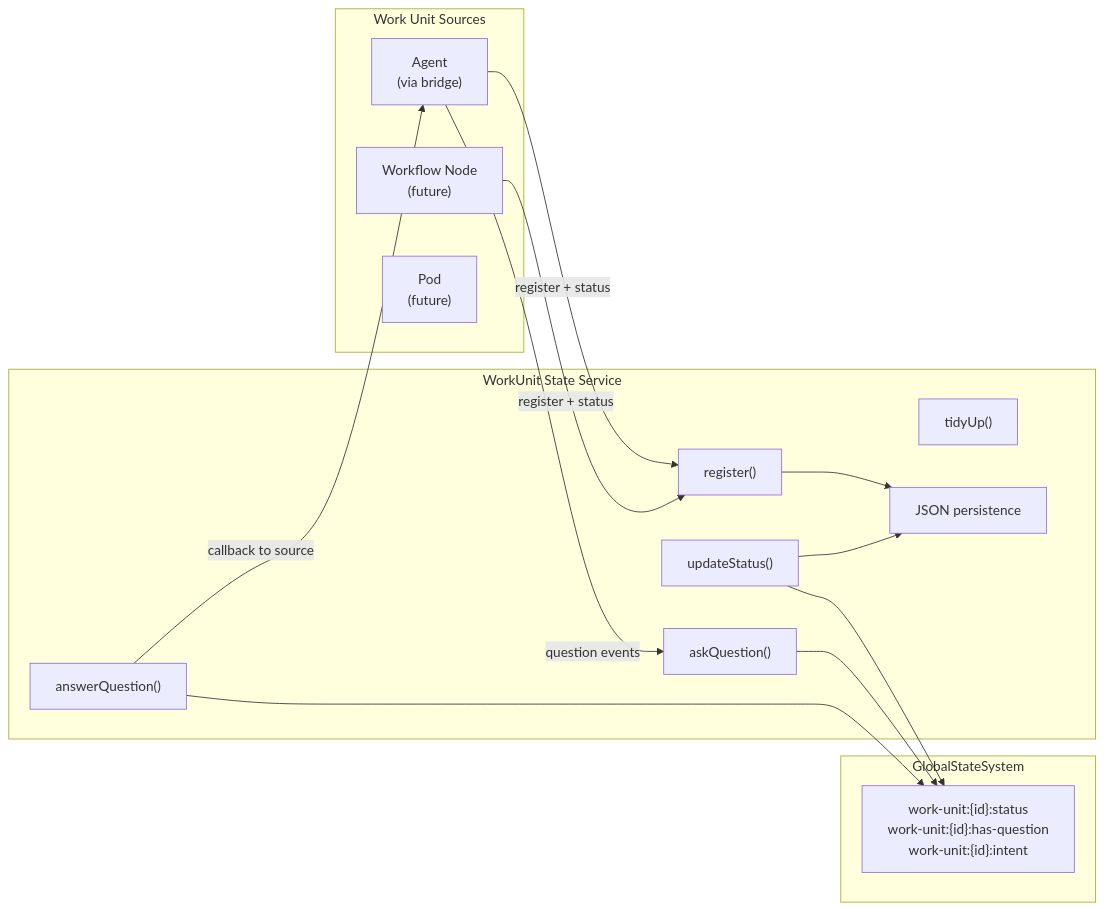
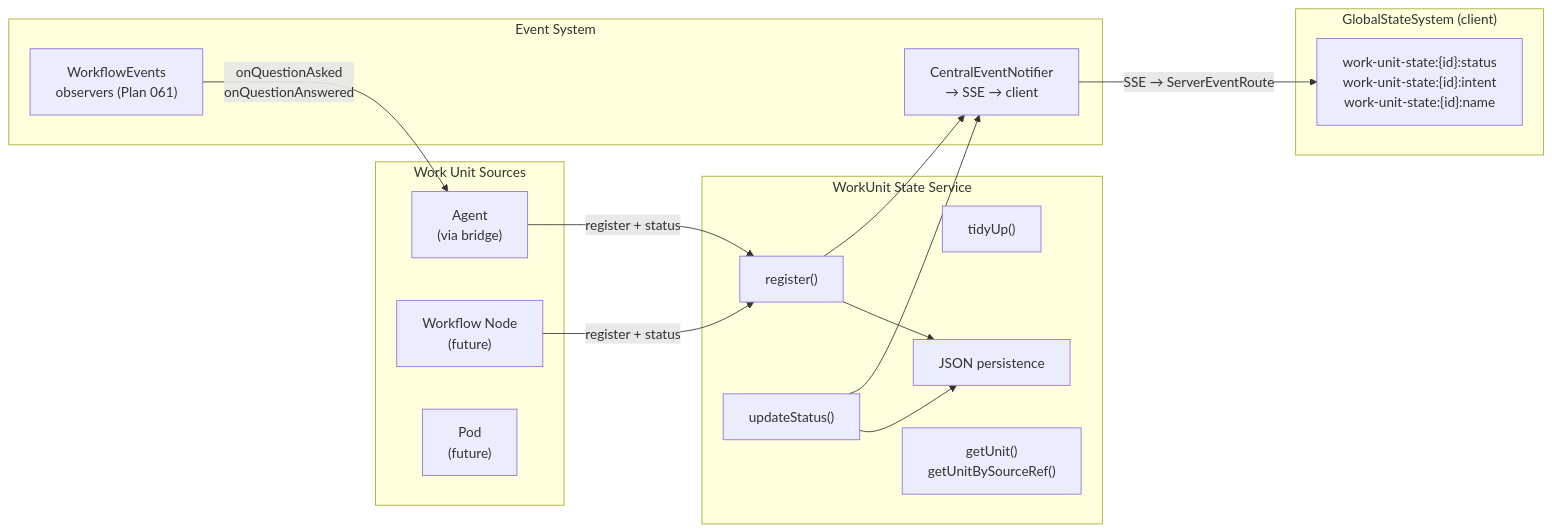
The second of 3 diagrams in docs/plans/059-fix-agents/tasks/phase-2-workunit-state-system/tasks.md (AI-Substrate/chainglass), drawn with Mermaid before and after one commit. The commit also changed other lines of this file and 2 other files, not shown here.

First line of the commit message:
Remediate Plan 059 Phase 2 dossier after Plan 061 completion

````diff
--- a/docs/plans/059-fix-agents/tasks/phase-2-workunit-state-system/tasks.md
+++ b/docs/plans/059-fix-agents/tasks/phase-2-workunit-state-system/tasks.md
@@ -184,31 +182,34 @@
 ```mermaid
 flowchart LR
     subgraph Sources["Work Unit Sources"]
         AGT["Agent<br/>(via bridge)"]
         WF["Workflow Node<br/>(future)"]
         POD["Pod<br/>(future)"]
     end
 
     subgraph Core["WorkUnit State Service"]
         REG["register()"]
         UPD["updateStatus()"]
-        ASK["askQuestion()"]
-        ANS["answerQuestion()"]
         TIDY["tidyUp()"]
         STORE["JSON persistence"]
+        QUERY["getUnit()<br/>getUnitBySourceRef()"]
     end
 
-    subgraph State["GlobalStateSystem"]
-        PUB["work-unit:{id}:status<br/>work-unit:{id}:has-question<br/>work-unit:{id}:intent"]
+    subgraph Events["Event System"]
+        CEN["CentralEventNotifier<br/>→ SSE → client"]
+        WFE["WorkflowEvents<br/>observers (Plan 061)"]
+    end
+
+    subgraph State["GlobalStateSystem (client)"]
+        PUB["work-unit-state:{id}:status<br/>work-unit-state:{id}:intent<br/>work-unit-state:{id}:name"]
     end
 
     AGT -->|"register + status"| REG
-    AGT -->|"question events"| ASK
     WF -->|"register + status"| REG
     REG --> STORE
     UPD --> STORE
-    UPD --> PUB
-    ASK --> PUB
-    ANS -->|"callback to source"| AGT
-    ANS --> PUB
+    UPD --> CEN
+    REG --> CEN
+    CEN -->|"SSE → ServerEventRoute"| PUB
+    WFE -->|"onQuestionAsked<br/>onQuestionAnswered"| AGT
 ```
````
